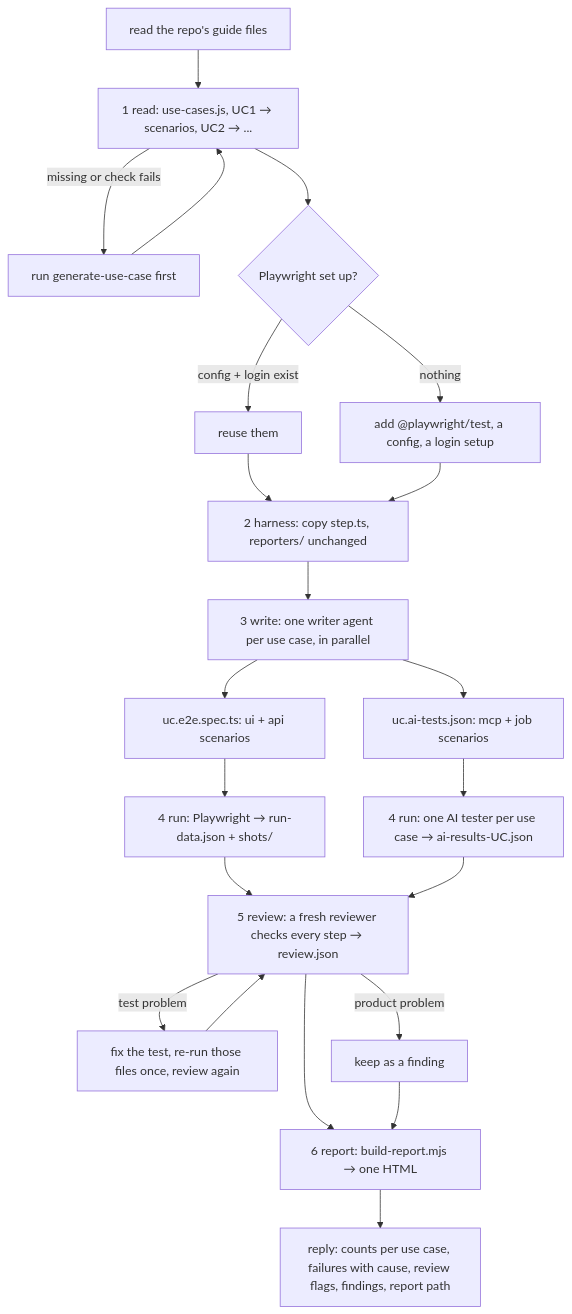
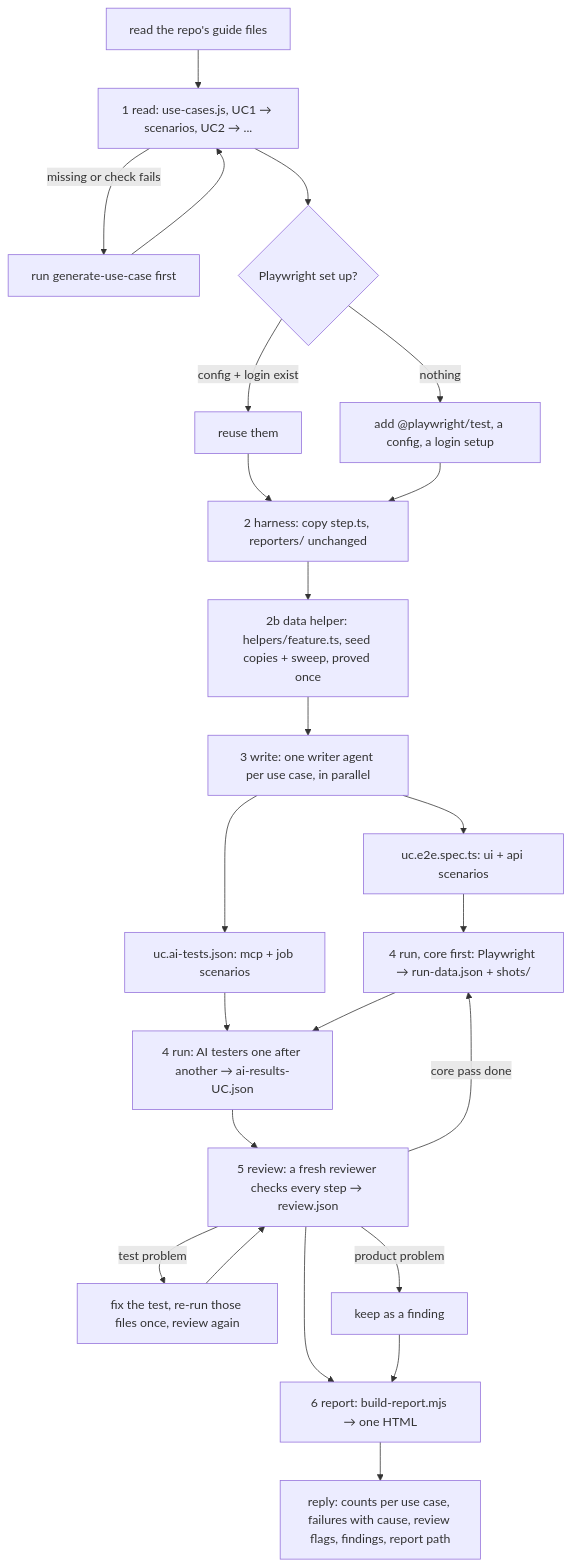
One commit to naphatwx/naphatwx-tools changed the first of 3 diagrams in plugins/naphatwx-tools/skills/e2e-test/README.md. Above: the diagram before and after it, drawn with Mermaid. The commit also changed other lines of this file and 12 other files, not shown here.

First line of the commit message:
feat(e2e-test): seed copies, data helper, core-first run, safe E2E_RUN_DIR

````diff
--- a/plugins/naphatwx-tools/skills/e2e-test/README.md
+++ b/plugins/naphatwx-tools/skills/e2e-test/README.md
@@ -23,24 +23,26 @@
 ```mermaid
 graph TD
     A[read the repo's guide files] --> B["1 read: use-cases.js, UC1 → scenarios, UC2 → ..."]
     B -->|missing or check fails| B1[run generate-use-case first]
     B1 --> B
     B --> C{Playwright set up?}
     C -->|config + login exist| C1[reuse them]
     C -->|nothing| C2["add @playwright/test, a config, a login setup"]
     C1 --> D["2 harness: copy step.ts, reporters/ unchanged"]
     C2 --> D
-    D --> E["3 write: one writer agent per use case, in parallel"]
+    D --> D2["2b data helper: helpers/feature.ts, seed copies + sweep, proved once"]
+    D2 --> E["3 write: one writer agent per use case, in parallel"]
     E --> E1["uc.e2e.spec.ts: ui + api scenarios"]
     E --> E2["uc.ai-tests.json: mcp + job scenarios"]
-    E1 --> F1["4 run: Playwright → run-data.json + shots/"]
-    E2 --> F2["4 run: one AI tester per use case → ai-results-UC.json"]
-    F1 --> G["5 review: a fresh reviewer checks every step → review.json"]
-    F2 --> G
+    E1 --> F1["4 run, core first: Playwright → run-data.json + shots/"]
+    E2 --> F2["4 run: AI testers one after another → ai-results-UC.json"]
+    F1 --> F2
+    F2 --> G["5 review: a fresh reviewer checks every step → review.json"]
     G -->|test problem| H[fix the test, re-run those files once, review again]
     H --> G
     G -->|product problem| I[keep as a finding]
+    G -->|core pass done| F1
     G --> J["6 report: build-report.mjs → one HTML"]
     I --> J
     J --> K[reply: counts per use case, failures with cause, review flags, findings, report path]
 ```
````
